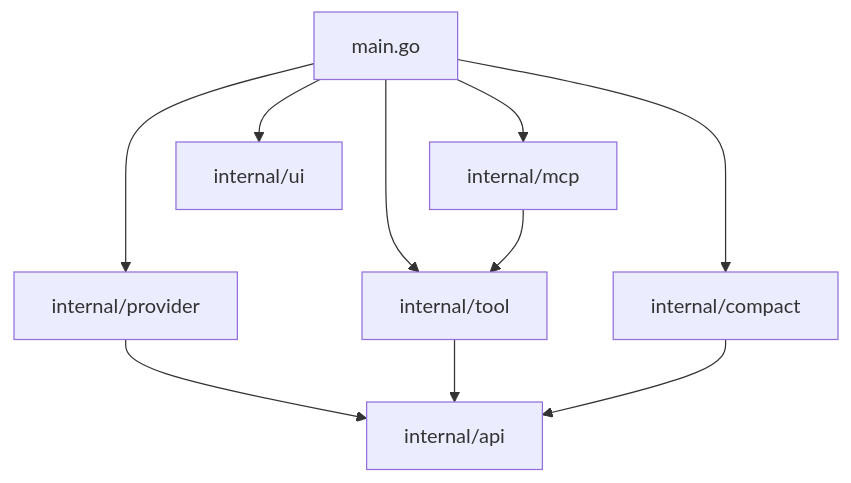
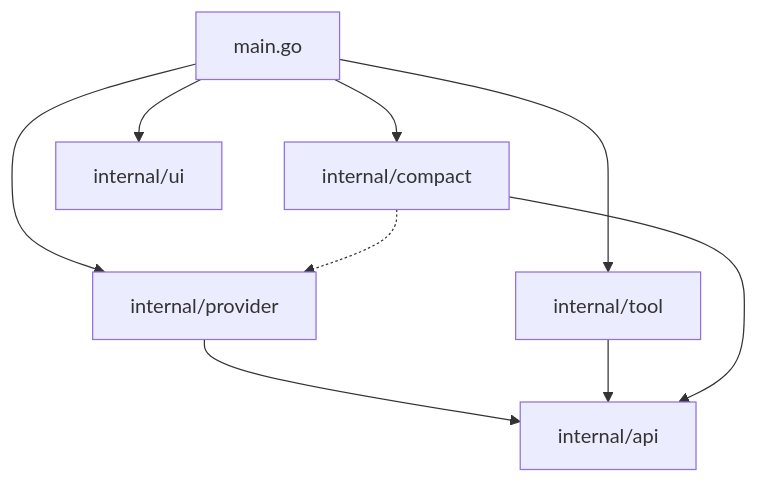
The diagram in docs/steps/10-internal-architecture.md (AntonioHellin/phi-code-agent), drawn with Mermaid before and after one commit. The commit also changed other lines of this file and 17 other files, not shown here.

Commit message:
step/10-internal-architecture: feat: refactor into internal package architecture and add provider tests

````diff
--- a/docs/steps/10-internal-architecture.md
+++ b/docs/steps/10-internal-architecture.md
@@ -27,12 +27,11 @@
 ```mermaid
 flowchart TD
     Main["main.go"] --> Provider["internal/provider"]
     Main --> Tool["internal/tool"]
     Main --> Compact["internal/compact"]
-    Main --> MCP["internal/mcp"]
     Main --> UI["internal/ui"]
     Provider --> API["internal/api"]
     Tool --> API
     Compact --> API
-    MCP --> Tool
+    Compact -.-> Provider
 ```
````
